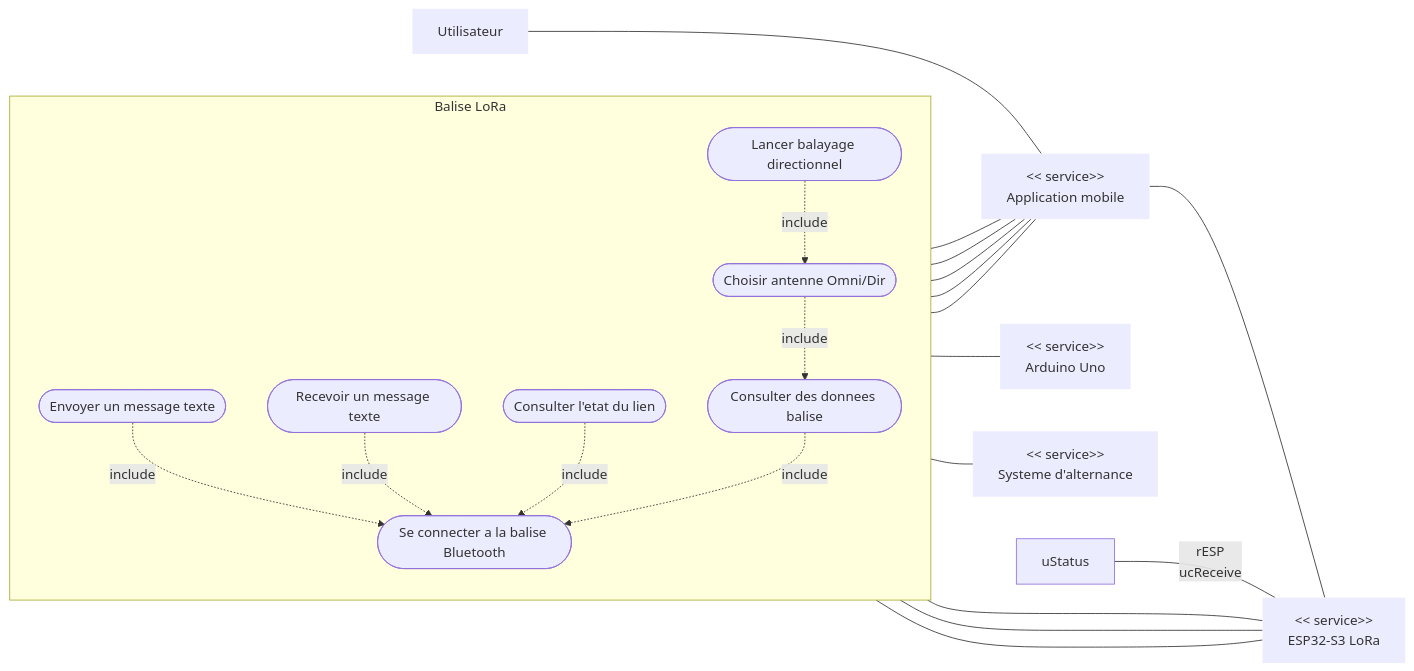
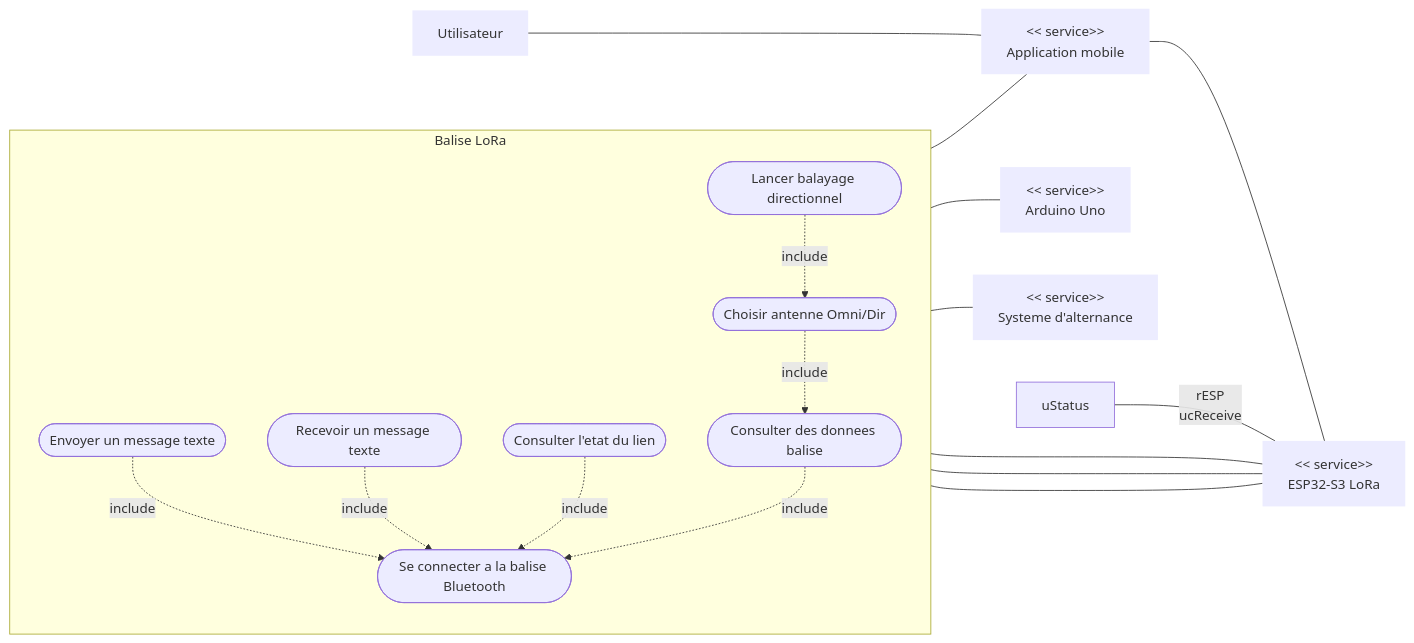
Before and after one commit to SHU445/Projet-LoRa-72h: the first of 6 diagrams in Diagrammes_SysML_Projet_LoRa.md, drawn with Mermaid.

Commit message:
"USE_case_Modif_j'ai_plus_d'inspi_MEEEERDE"

````diff
--- a/Diagrammes_SysML_Projet_LoRa.md
+++ b/Diagrammes_SysML_Projet_LoRa.md
@@ -12,52 +12,43 @@
 ```mermaid
 flowchart LR
   rU["Utilisateur"]:::role
   rAPP["<< service>>\nApplication mobile"]:::role
-
   rESP["<< service>>\nESP32-S3 LoRa"]:::role
   rARD["<< service>>\nArduino Uno"]:::role
   rALT["<< service>>\nSysteme d'alternance"]:::role
 
   subgraph S["Balise LoRa"]
     direction TB
     ucConnect([Se connecter a la balise Bluetooth])
     ucSend([Envoyer un message texte])
     ucReceive([Recevoir un message texte])
     ucStatus([Consulter l'etat du lien])
     ucData([Consulter des donnees balise])
     ucSelectAntenna([Choisir antenne Omni/Dir])
     ucScan([Lancer balayage directionnel])
 
     ucSend -. include .-> ucConnect
     ucReceive -. include .-> ucConnect
     ucStatus -. include .-> ucConnect
     ucData -. include .-> ucConnect
     ucSelectAntenna -. include .-> ucData
     ucScan -. include .-> ucSelectAntenna
   end
 
   rU --- rAPP
   rAPP --- rESP
 
   ucConnect --- rAPP
-  ucSend --- rAPP
-  ucReceive --- rAPP
-  ucStatus --- rAPP
-  ucData --- rAPP
-
-
-
-
 
   ucSend --- rESP
   uStatus --rESP
   ucReceive --- rESP
   ucData --- rESP
   ucSelectAntenna --- rESP
 
 
   ucScan --- rARD
   ucSelectAntenna --- rALT
 
   classDef role stroke-width:0px;
 ```
````
